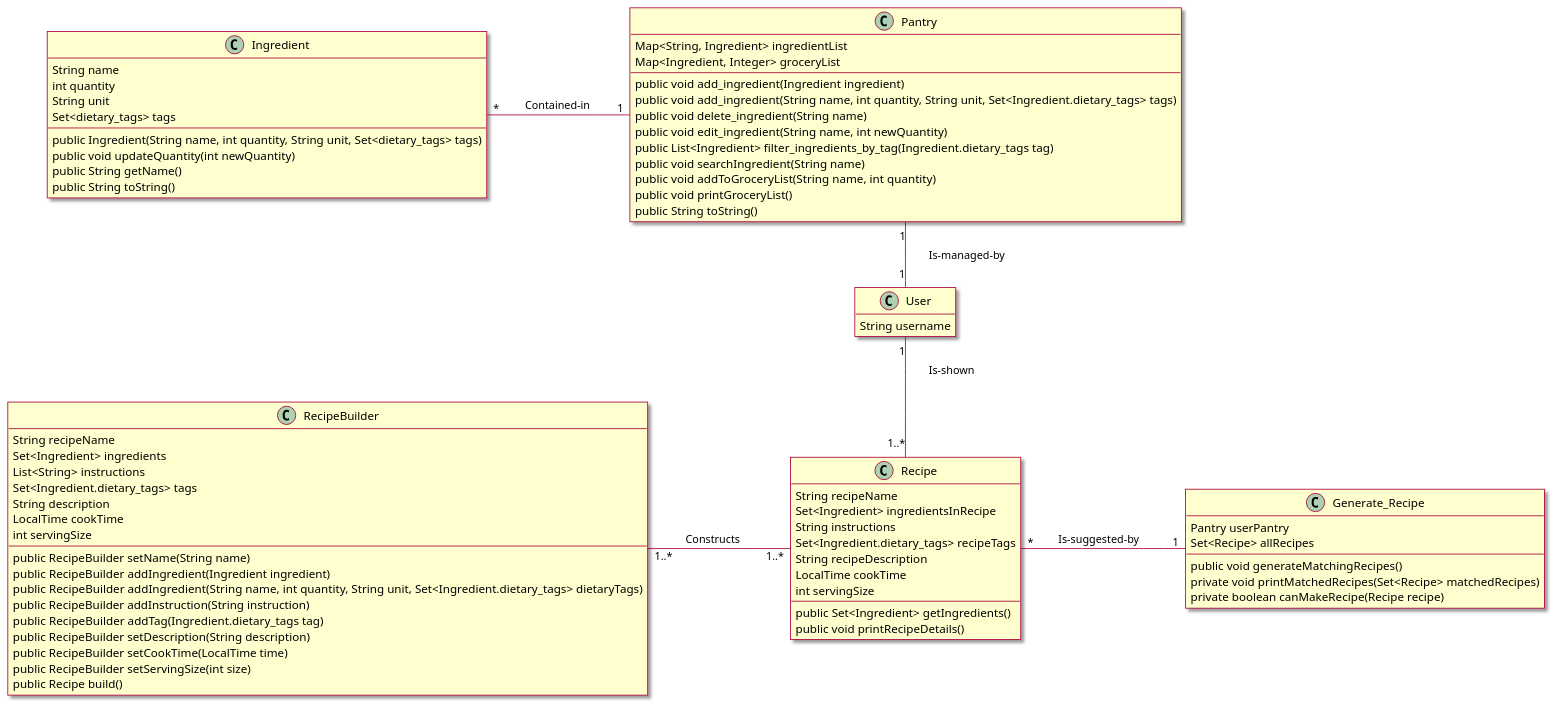
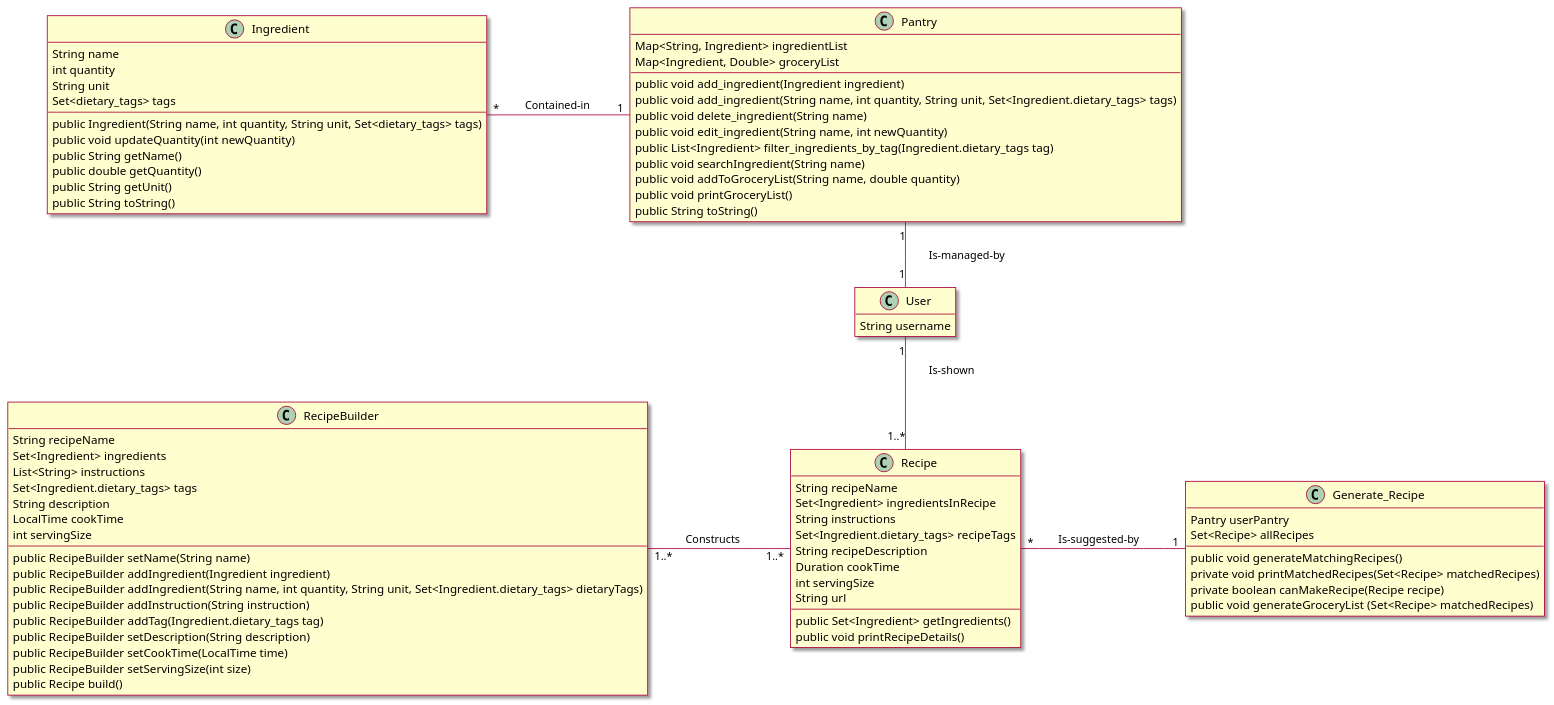
One commit to berthashipper/Pantry-Pal-Android-Application changed the diagram in intellij/doc/class_diagram.md. Above: the diagram before and after it, drawn with PlantUML. The commit also changed 6 other files, not shown here.

Commit message:
Updated class diagram from new code

```diff
--- a/intellij/doc/class_diagram.md
+++ b/intellij/doc/class_diagram.md
@@ -15,12 +15,14 @@
  public Ingredient(String name, int quantity, String unit, Set<dietary_tags> tags)
  public void updateQuantity(int newQuantity)
  public String getName()
+ public double getQuantity()
+ public String getUnit()
  public String toString()
 }
 
 class Pantry{
  Map<String, Ingredient> ingredientList
- Map<Ingredient, Integer> groceryList
+ Map<Ingredient, Double> groceryList
  --
  public void add_ingredient(Ingredient ingredient)
  public void add_ingredient(String name, int quantity, String unit, Set<Ingredient.dietary_tags> tags)
@@ -28,7 +30,7 @@
  public void edit_ingredient(String name, int newQuantity)
  public List<Ingredient> filter_ingredients_by_tag(Ingredient.dietary_tags tag)
  public void searchIngredient(String name)
- public void addToGroceryList(String name, int quantity)
+ public void addToGroceryList(String name, double quantity)
  public void printGroceryList()
  public String toString()
 }
@@ -39,8 +41,9 @@
  String instructions
  Set<Ingredient.dietary_tags> recipeTags
  String recipeDescription
- LocalTime cookTime
+ Duration cookTime
  int servingSize
+ String url
  --
  public Set<Ingredient> getIngredients()
  public void printRecipeDetails()
@@ -78,6 +81,7 @@
  public void generateMatchingRecipes()
  private void printMatchedRecipes(Set<Recipe> matchedRecipes)
  private boolean canMakeRecipe(Recipe recipe)
+ public void generateGroceryList (Set<Recipe> matchedRecipes)
 }
 
 ' associations
```
